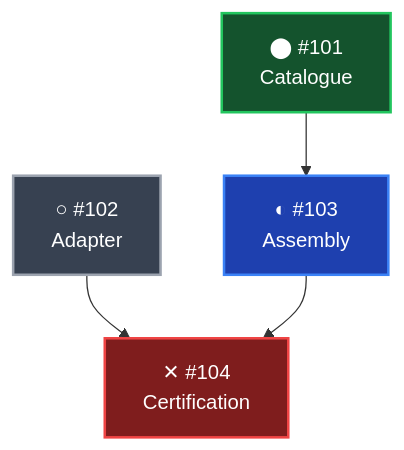
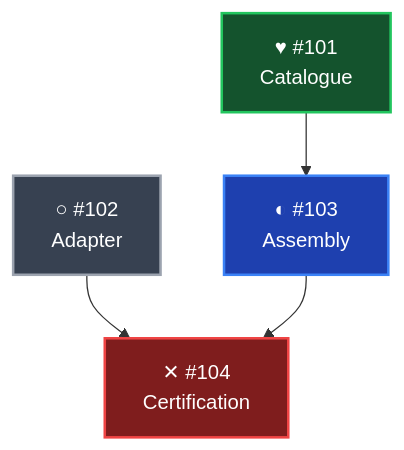
The diagram in WORK_GRAPH_VISUAL_CONVENTIONS.md (Ma-XX-oN/RepoWorkflow), drawn with Mermaid before and after one commit. The commit also changed other lines of this file, not shown here.

Commit message:
docs: use filled heart for completed Mermaid work items

````diff
--- a/WORK_GRAPH_VISUAL_CONVENTIONS.md
+++ b/WORK_GRAPH_VISUAL_CONVENTIONS.md
@@ -67,21 +69,21 @@
 ```mermaid
 flowchart TD
-    A["⬤ #101<br/>Catalogue"]
+    A["♥ #101<br/>Catalogue"]
     B["○ #102<br/>Adapter"]
     C["◐ #103<br/>Assembly"]
     D["✕ #104<br/>Certification"]
 
     A --> C
     B --> D
     C --> D
 
     classDef done fill:#14532D,stroke:#22C55E,color:#FFFFFF,stroke-width:2px
     classDef active fill:#1E40AF,stroke:#3B82F6,color:#FFFFFF,stroke-width:2px
     classDef blocked fill:#7F1D1D,stroke:#EF4444,color:#FFFFFF,stroke-width:2px
     classDef notstarted fill:#374151,stroke:#9CA3AF,color:#FFFFFF,stroke-width:2px
 
     class A done
     class B notstarted
     class C active
     class D blocked
 ```
````
